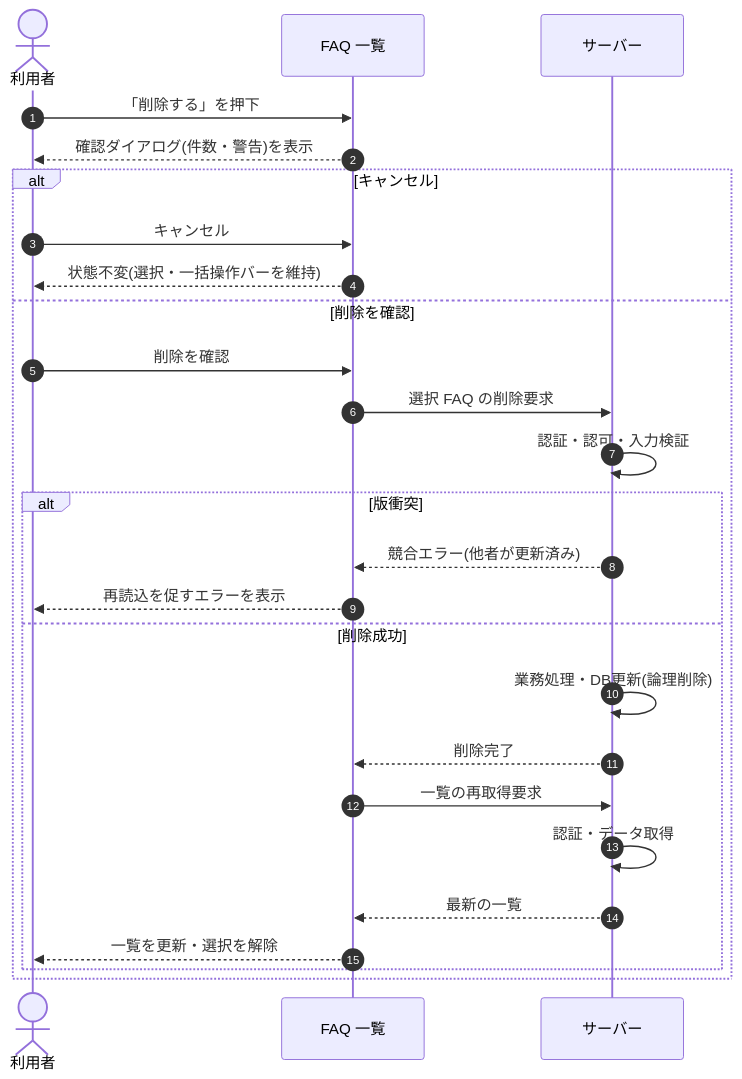
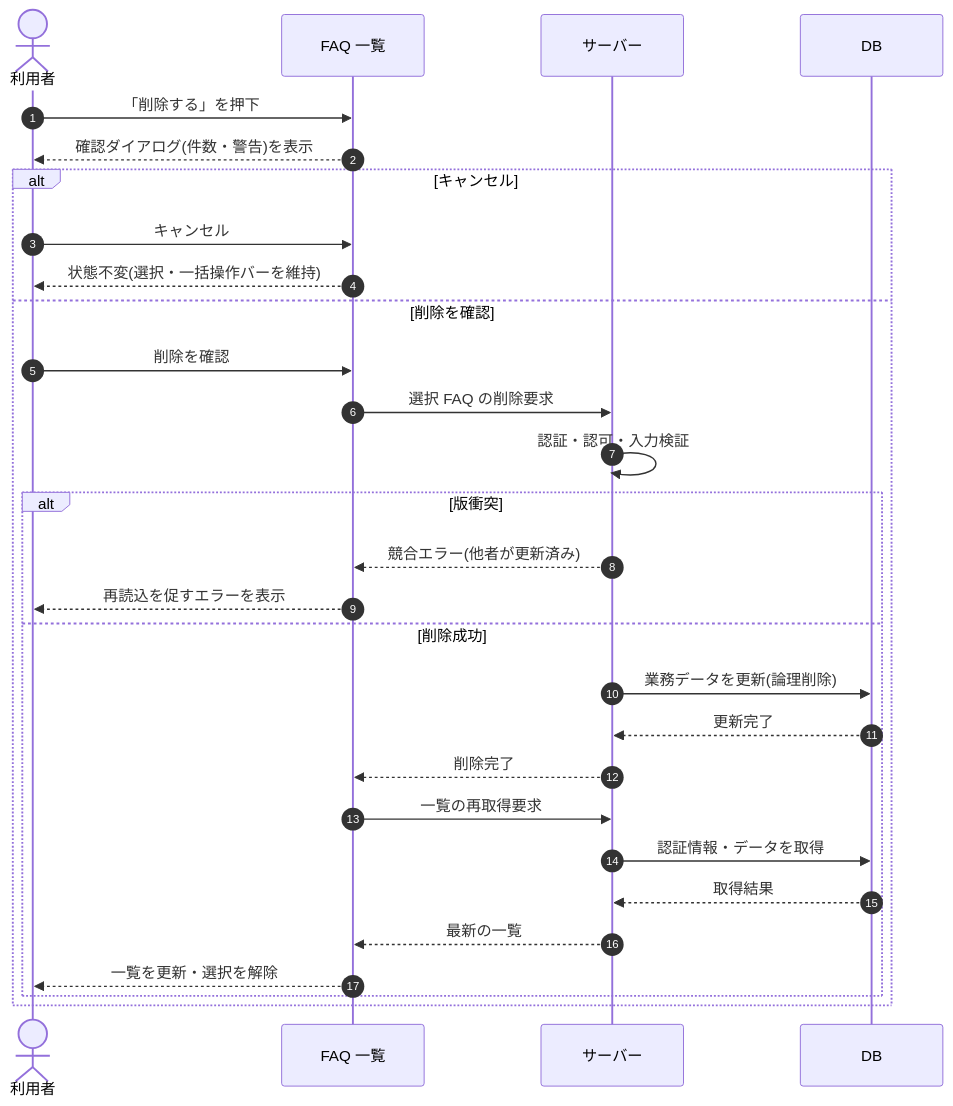
One commit to sikakou54/open-faq changed the diagram in 02_basic_design/03_sequences/SEQ-030.md. Above: the diagram before and after it, drawn with Mermaid. The commit also changed other lines of this file and 122 other files, not shown here.

First line of the commit message:
シーケンス図に DB アクターを追加(DB 操作をサーバー自己メッセージから分離)

````diff
--- a/02_basic_design/03_sequences/SEQ-030.md
+++ b/02_basic_design/03_sequences/SEQ-030.md
@@ -26,28 +26,31 @@
 ```mermaid
 sequenceDiagram
   autonumber
   actor U as 利用者
   participant Screen as FAQ 一覧
   participant Server as サーバー
+  participant DB as DB
   U->>Screen: 「削除する」を押下
   Screen-->>U: 確認ダイアログ(件数・警告)を表示
   alt キャンセル
     U->>Screen: キャンセル
     Screen-->>U: 状態不変(選択・一括操作バーを維持)
   else 削除を確認
     U->>Screen: 削除を確認
     Screen->>Server: 選択 FAQ の削除要求
     Server->>Server: 認証・認可・入力検証
     alt 版衝突
       Server-->>Screen: 競合エラー(他者が更新済み)
       Screen-->>U: 再読込を促すエラーを表示
     else 削除成功
-      Server->>Server: 業務処理・DB更新(論理削除)
+      Server->>DB: 業務データを更新(論理削除)
+      DB-->>Server: 更新完了
       Server-->>Screen: 削除完了
       Screen->>Server: 一覧の再取得要求
-      Server->>Server: 認証・データ取得
+      Server->>DB: 認証情報・データを取得
+      DB-->>Server: 取得結果
       Server-->>Screen: 最新の一覧
       Screen-->>U: 一覧を更新・選択を解除
     end
   end
 ```
````
